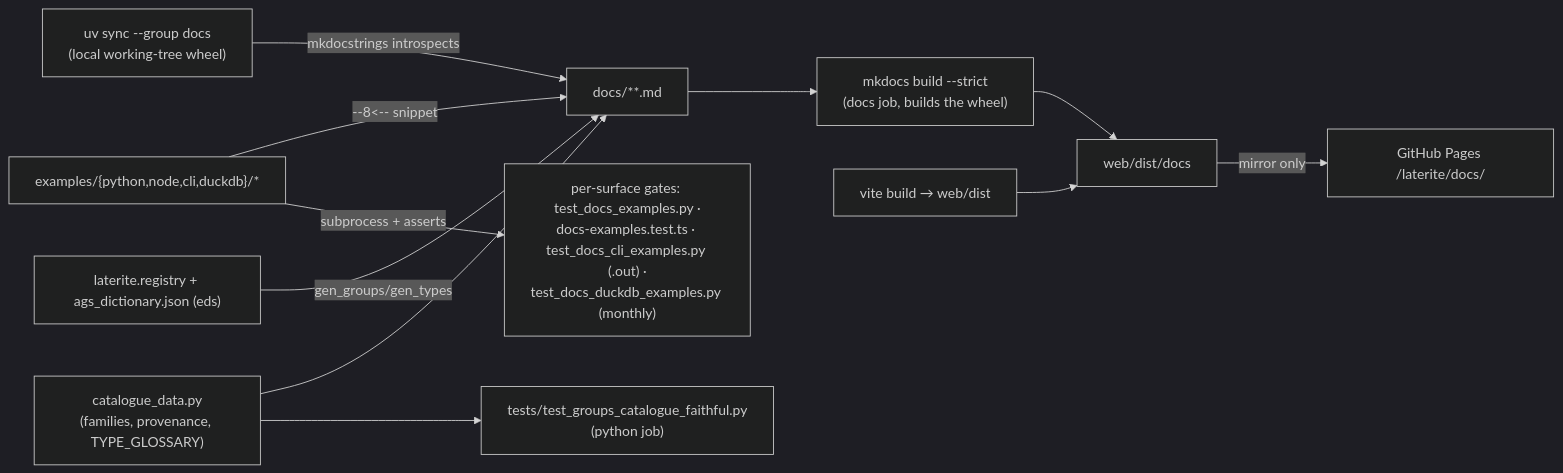
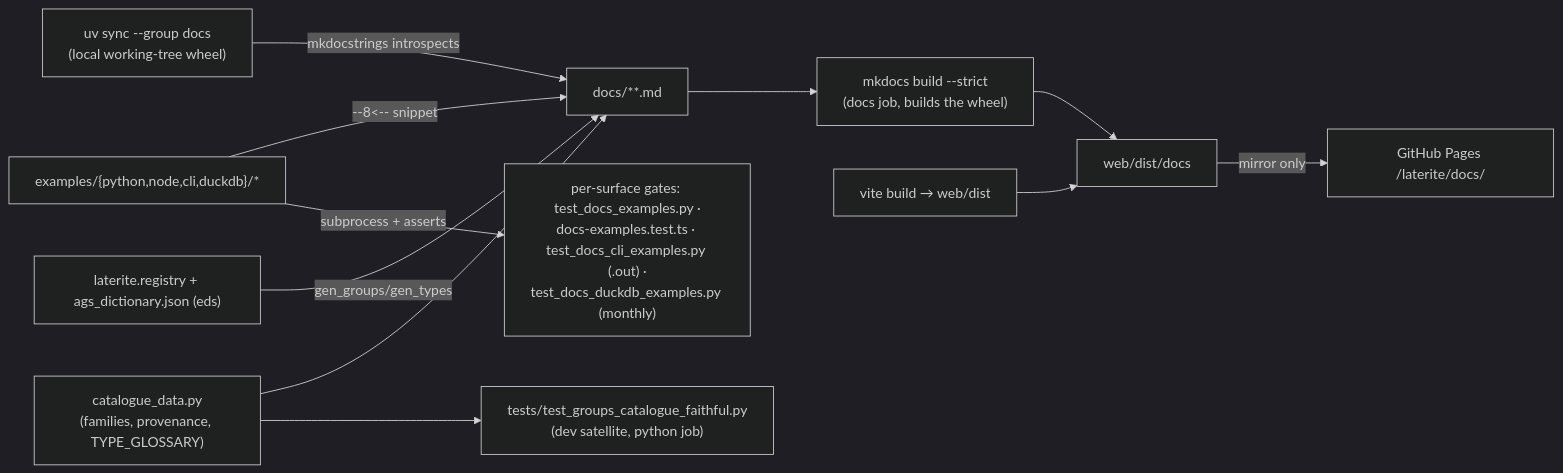
The diagram in ags-wiki/concepts/docs-site.md (niko86/laterite), drawn with Mermaid (dark theme) before and after one commit. The commit also changed other lines of this file and 6 other files, not shown here.

````diff
--- a/ags-wiki/concepts/docs-site.md
+++ b/ags-wiki/concepts/docs-site.md
@@ -172,13 +172,13 @@
 ```mermaid
 flowchart LR
   ex["examples/{python,node,cli,duckdb}/*"] -->|--8<-- snippet| page["docs/**.md"]
   ex -->|subprocess + asserts| gate["per-surface gates: test_docs_examples.py ·<br/>docs-examples.test.ts · test_docs_cli_examples.py (.out) ·<br/>test_docs_duckdb_examples.py (monthly)"]
   wheel["uv sync --group docs<br/>(local working-tree wheel)"] -->|mkdocstrings introspects| page
   reg["laterite.registry + ags_dictionary.json (eds)"] -->|gen_groups/gen_types| page
   cd["catalogue_data.py<br/>(families, provenance, TYPE_GLOSSARY)"] --> page
-  cd --> cgate["tests/test_groups_catalogue_faithful.py<br/>(python job)"]
+  cd --> cgate["tests/test_groups_catalogue_faithful.py<br/>(dev satellite, python job)"]
   page --> strict["mkdocs build --strict<br/>(docs job, builds the wheel)"]
   strict --> art["web/dist/docs"]
   vite["vite build → web/dist"] --> art
   art -->|mirror only| pages["GitHub Pages /laterite/docs/"]
 ```
````
